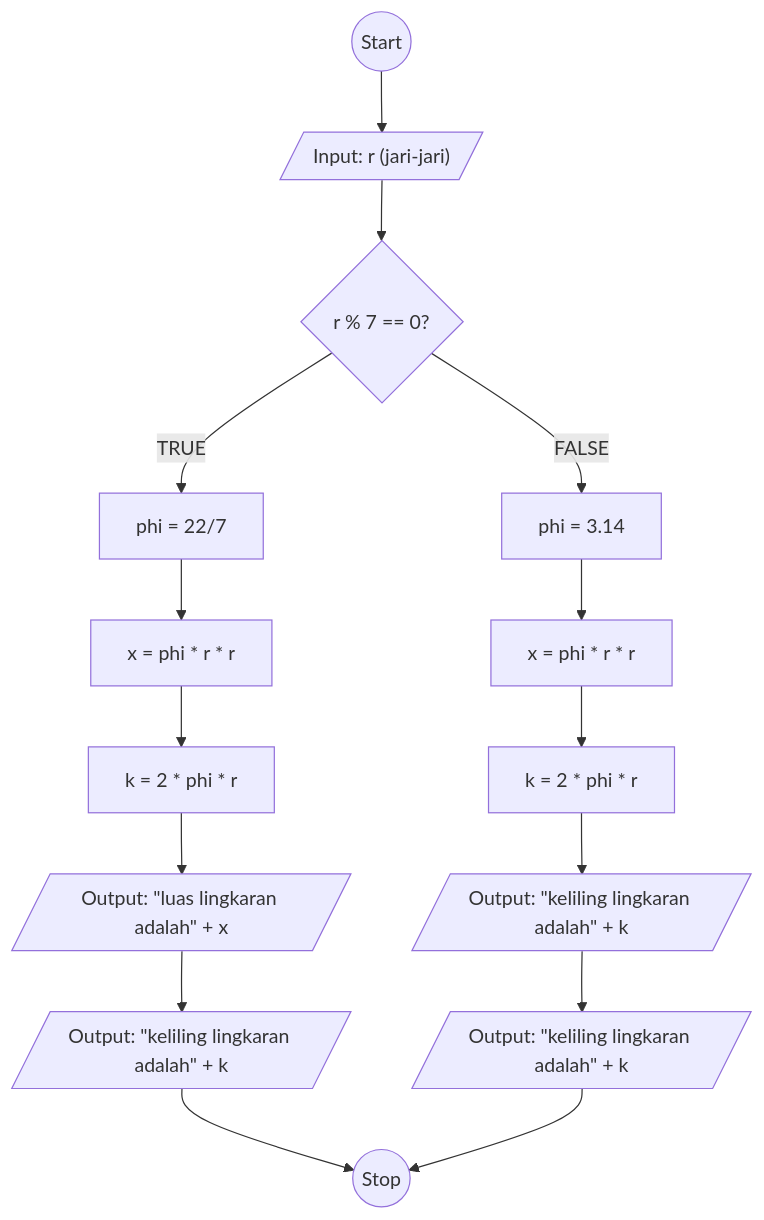
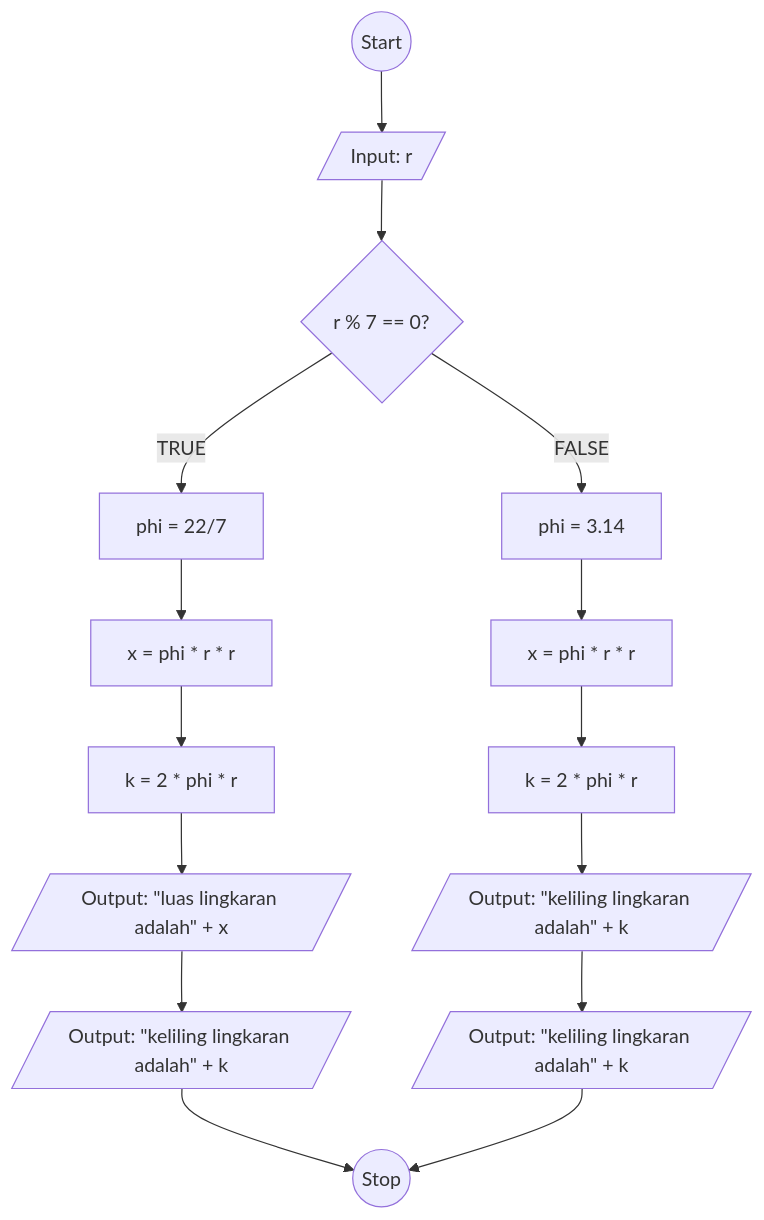
The diagram in flowchart-luas-dan-keliling-lingkaran.md (makarim22/koda-b6-algoritma), drawn with Mermaid before and after one commit. The commit also changed other lines of this file, not shown here.

````diff
--- a/flowchart-luas-dan-keliling-lingkaran.md
+++ b/flowchart-luas-dan-keliling-lingkaran.md
@@ -1,28 +1,28 @@
 ```mermaid
 flowchart TD
  A@{ shape: circle, label: "Start" } --> B
 
- B@{ shape: lean-r, label: "Input: r (jari-jari)" } --> C
+ B@{ shape: lean-r, label: "Input: r" } --> C
 
  C@{ shape: diamond, label: "r % 7 == 0?" }
 
  C -- TRUE --> E
  C -- FALSE --> F
 
  E@{ shape: rect, label: "phi = 22/7" } --> G 
  F@{ shape: rect, label: "phi = 3.14" } --> H
 
  G@{ shape: rect, label: "x = phi * r * r" } --> A1
  H@{ shape: rect, label: "x = phi * r * r" } --> B1
 
  A1@{ shape: rect, label: "k = 2 * phi * r" } --> L
  B1@{ shape: rect, label: "k = 2 * phi * r" } --> M
 
  L@{ shape: lean-r, label: "Output: \"luas lingkaran adalah\" + x" } --> O
  M@{ shape: lean-r, label: "Output: \"keliling lingkaran adalah\" + k" } --> P
 
  O@{ shape: lean-r, label: "Output: \"keliling lingkaran adalah\" + k" } --> Z
  P@{ shape: lean-r, label: "Output: \"keliling lingkaran adalah\" + k" } --> Z
 
  Z@{ shape: circle, label: "Stop" } 
 ```
````
